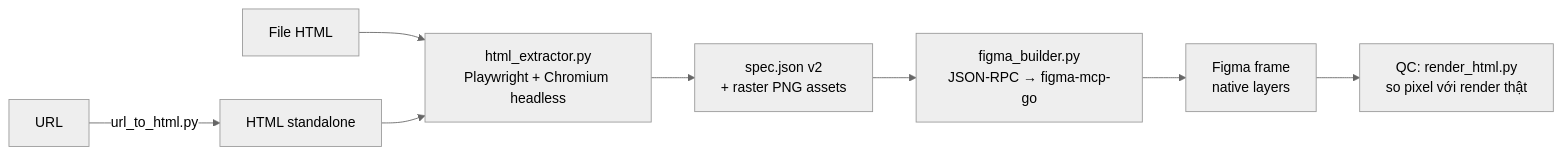
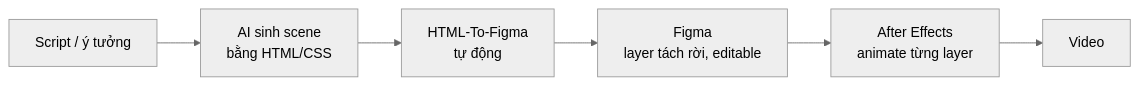
Before and after one commit to mrquan0000/HTML-To-Figma: the diagram in README.md, drawn with Mermaid (neutral theme). The commit also changed other lines of this file, not shown here.

Commit message:
docs: viết lại README theo góc nhìn editor dựng video (workflow, ý nghĩa sử dụng) thay vì kỹ thuật

````diff
--- a/README.md
+++ b/README.md
@@ -18,10 +13,8 @@
 ```mermaid
 flowchart LR
-    A[URL] -->|url_to_html.py| B[HTML standalone]
-    B0[File HTML] --> C
-    B --> C[html_extractor.py<br/>Playwright + Chromium headless]
-    C --> D[spec.json v2<br/>+ raster PNG assets]
-    D --> E[figma_builder.py<br/>JSON-RPC → figma-mcp-go]
-    E --> F[Figma frame<br/>native layers]
-    F --> G[QC: render_html.py<br/>so pixel với render thật]
+    A[Script / ý tưởng] --> B[AI sinh scene<br/>bằng HTML/CSS]
+    B --> C[HTML-To-Figma<br/>tự động]
+    C --> D[Figma<br/>layer tách rời, editable]
+    D --> E[After Effects<br/>animate từng layer]
+    E --> F[Video]
 ```
````
